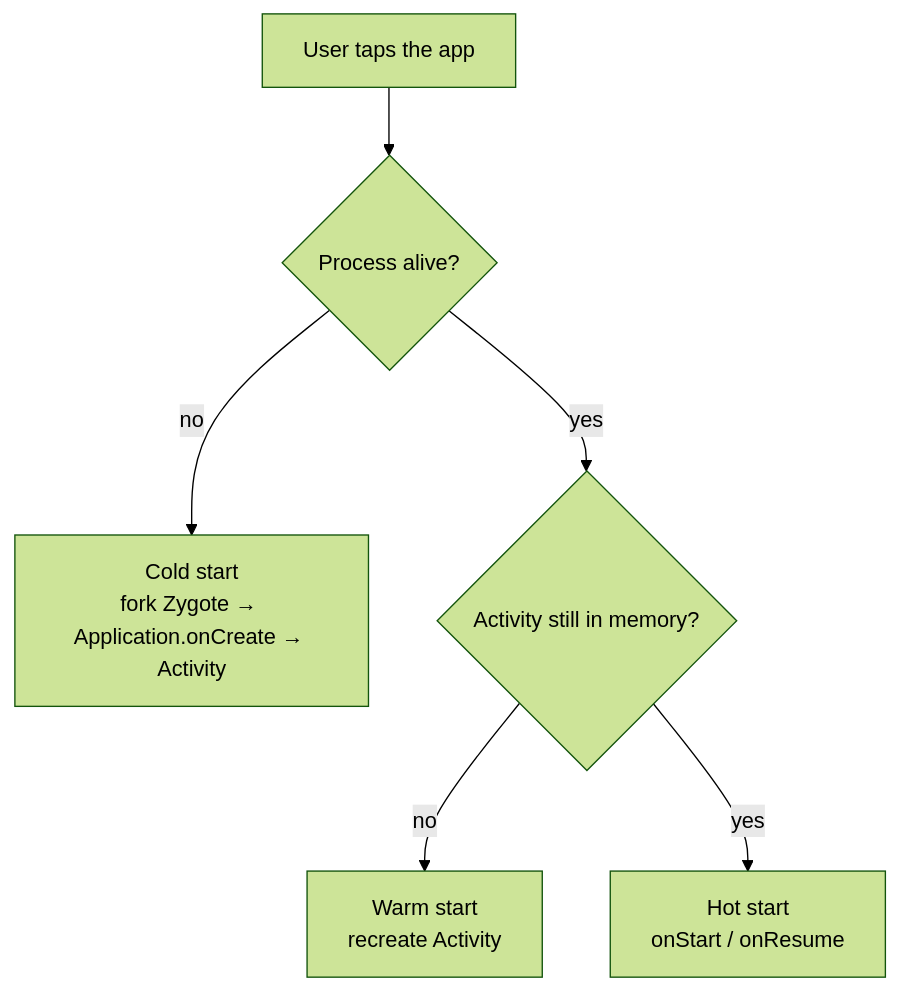
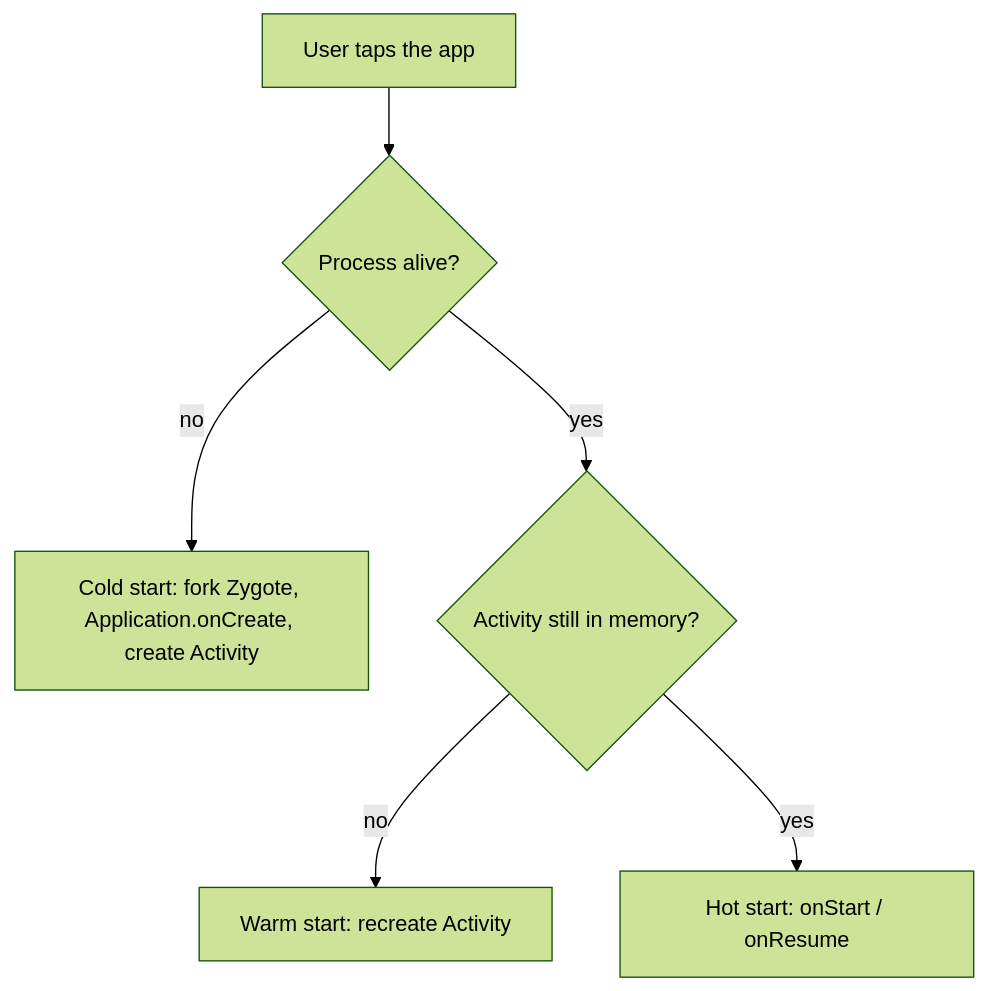
The fifth of 7 diagrams in topics/19-performance-memory.md (AkshayAshokCode/Android-Interview-Questions-cheat-sheet), drawn with Mermaid (forest theme) before and after one commit. The commit also changed other lines of this file and 21 other files, not shown here.

````diff
--- a/topics/19-performance-memory.md
+++ b/topics/19-performance-memory.md
@@ -187,8 +738,8 @@
 ```mermaid
 flowchart TD
     T["User taps the app"] --> P{"Process alive?"}
-    P -->|"no"| COLD["Cold start<br/>fork Zygote → Application.onCreate → Activity"]
+    P -->|"no"| COLD["Cold start: fork Zygote, Application.onCreate, create Activity"]
     P -->|"yes"| A{"Activity still in memory?"}
-    A -->|"no"| WARM["Warm start<br/>recreate Activity"]
-    A -->|"yes"| HOT["Hot start<br/>onStart / onResume"]
+    A -->|"no"| WARM["Warm start: recreate Activity"]
+    A -->|"yes"| HOT["Hot start: onStart / onResume"]
 ```
````
